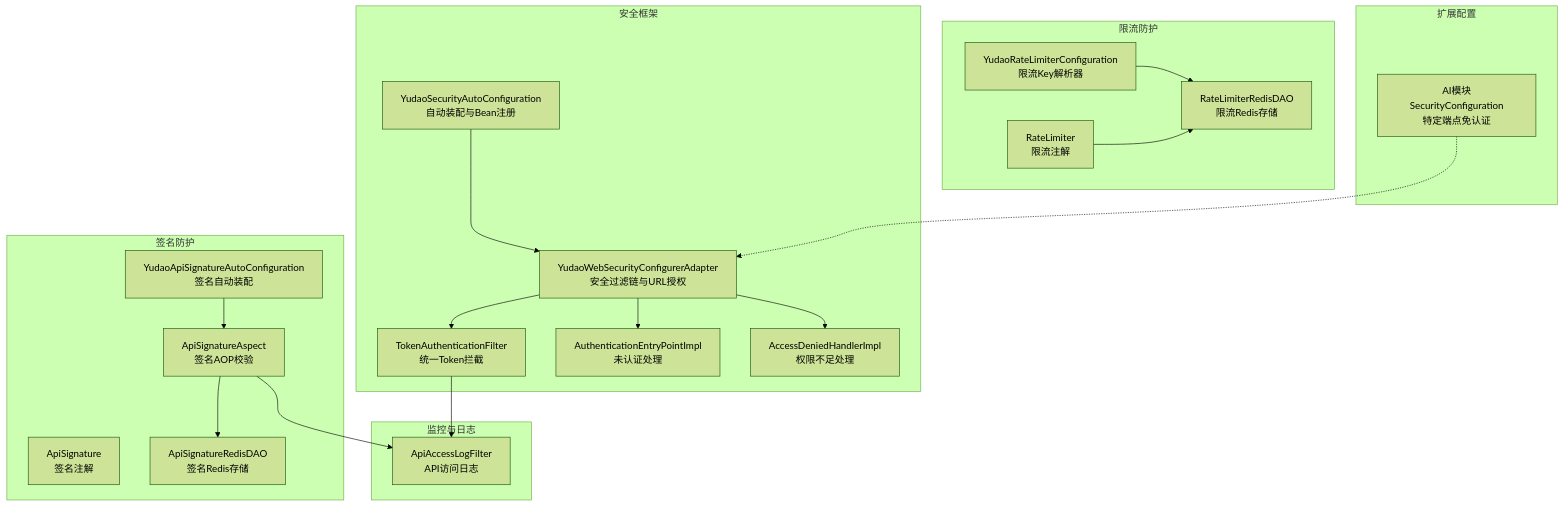
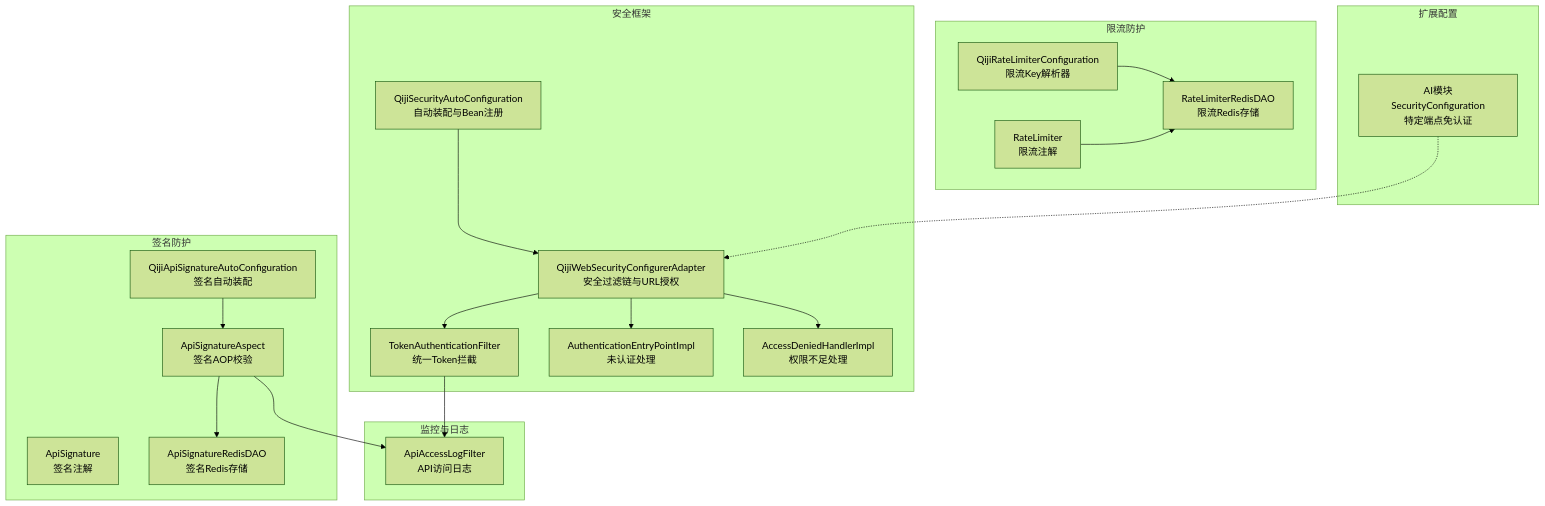
Before and after one commit to zhuangpengLI/AgenticCPS: the first of 6 diagrams in backend/.qoder/repowiki/zh/content/安全与权限/API安全防护/API安全防护.md, drawn with Mermaid (forest theme). The commit also changed other lines of this file and 3489 other files, not shown here.

````diff
--- a/backend/.qoder/repowiki/zh/content/安全与权限/API安全防护/API安全防护.md
+++ b/backend/.qoder/repowiki/zh/content/安全与权限/API安全防护/API安全防护.md
@@ -51,38 +51,38 @@
 ```mermaid
 graph TB
 subgraph "安全框架"
-SEC_AUTO["YudaoSecurityAutoConfiguration<br/>自动装配与Bean注册"]
-SEC_ADAPTER["YudaoWebSecurityConfigurerAdapter<br/>安全过滤链与URL授权"]
+SEC_AUTO["QijiSecurityAutoConfiguration<br/>自动装配与Bean注册"]
+SEC_ADAPTER["QijiWebSecurityConfigurerAdapter<br/>安全过滤链与URL授权"]
 TOK_FIL["TokenAuthenticationFilter<br/>统一Token拦截"]
 AUTH_EP["AuthenticationEntryPointImpl<br/>未认证处理"]
 DENY_HDL["AccessDeniedHandlerImpl<br/>权限不足处理"]
 end
 subgraph "签名防护"
 SIG_ANN["ApiSignature<br/>签名注解"]
 SIG_AOP["ApiSignatureAspect<br/>签名AOP校验"]
 SIG_REDIS["ApiSignatureRedisDAO<br/>签名Redis存储"]
-SIG_AUTO["YudaoApiSignatureAutoConfiguration<br/>签名自动装配"]
+SIG_AUTO["QijiApiSignatureAutoConfiguration<br/>签名自动装配"]
 end
 subgraph "限流防护"
 RL_ANN["RateLimiter<br/>限流注解"]
-RL_CFG["YudaoRateLimiterConfiguration<br/>限流Key解析器"]
+RL_CFG["QijiRateLimiterConfiguration<br/>限流Key解析器"]
 RL_REDIS["RateLimiterRedisDAO<br/>限流Redis存储"]
 end
 subgraph "扩展配置"
 AI_SEC["AI模块SecurityConfiguration<br/>特定端点免认证"]
 end
 subgraph "监控与日志"
 ACCESS_LOG["ApiAccessLogFilter<br/>API访问日志"]
 end
 SEC_AUTO --> SEC_ADAPTER
 SEC_ADAPTER --> TOK_FIL
 SEC_ADAPTER --> AUTH_EP
 SEC_ADAPTER --> DENY_HDL
 SIG_AUTO --> SIG_AOP
 SIG_AOP --> SIG_REDIS
 RL_CFG --> RL_REDIS
 RL_ANN --> RL_REDIS
 AI_SEC -.-> SEC_ADAPTER
 TOK_FIL --> ACCESS_LOG
 SIG_AOP --> ACCESS_LOG
 ```
````
